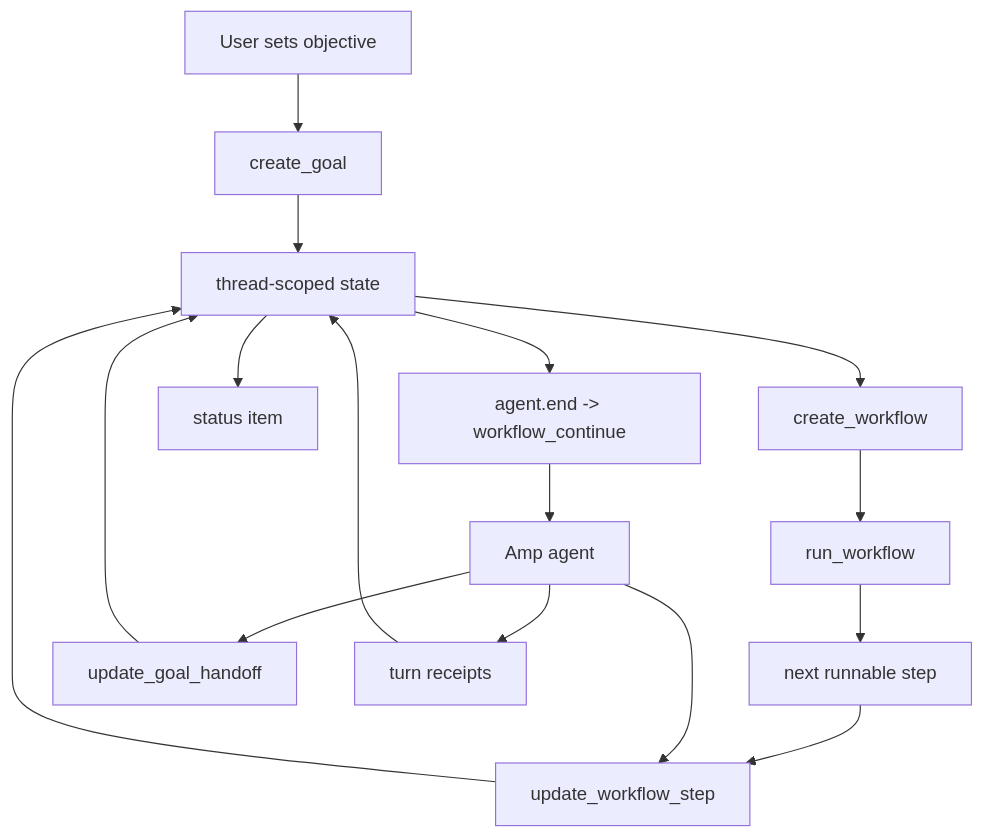
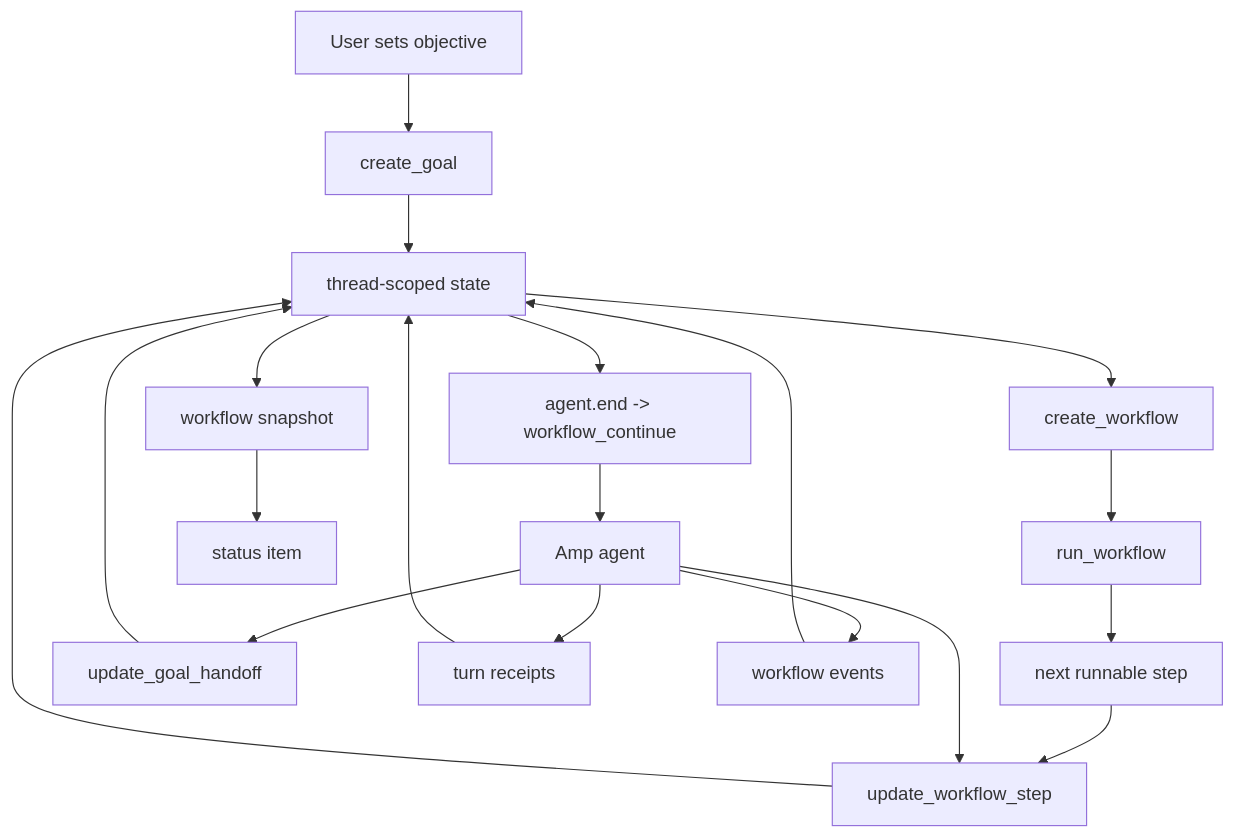
The diagram in README.md (lleewwiiss/amp-goal-plugin), drawn with Mermaid before and after one commit. The commit also changed other lines of this file and 1 other file, not shown here.

Commit message:
Add phased workflow events

````diff
--- a/README.md
+++ b/README.md
@@ -11,18 +11,21 @@
 ```mermaid
 flowchart TD
   User["User sets objective"] --> Goal["create_goal"]
   Goal --> State["thread-scoped state"]
   State --> Workflow["create_workflow"]
   Workflow --> Run["run_workflow"]
   Run --> Step["next runnable step"]
   Step --> Update["update_workflow_step"]
   Update --> State
+  State --> Snapshot["workflow snapshot"]
   State --> Continue["agent.end -> workflow_continue"]
   Continue --> Agent["Amp agent"]
   Agent --> Update
   Agent --> Handoff["update_goal_handoff"]
   Agent --> Receipts["turn receipts"]
+  Agent --> Events["workflow events"]
   Handoff --> State
   Receipts --> State
-  State --> Status["status item"]
+  Events --> State
+  Snapshot --> Status["status item"]
 ```
````
